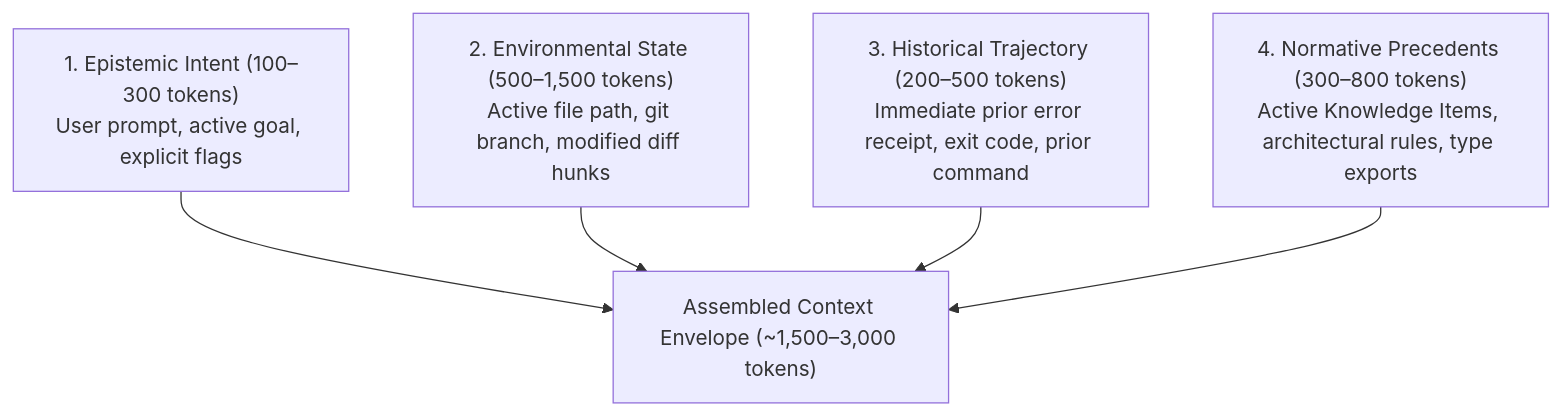
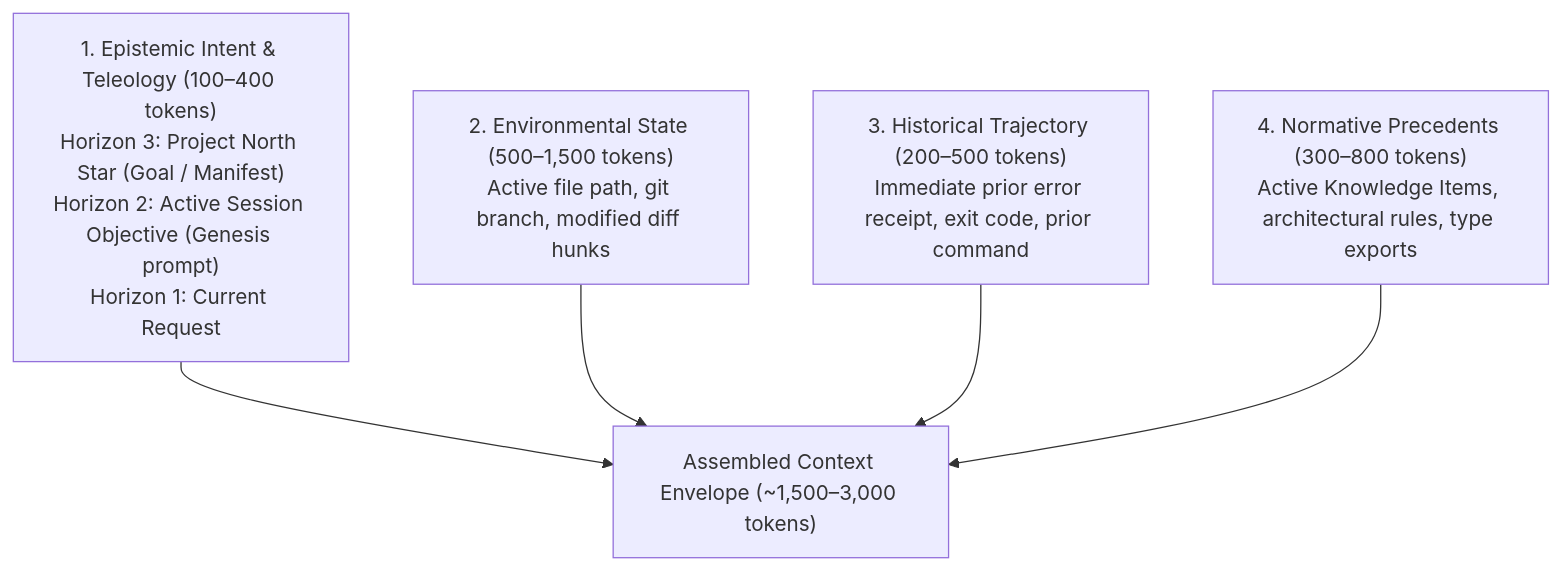
The diagram in .agents/skills/context-architect/SKILL.md (Ajasra/jev-hooks), drawn with Mermaid before and after one commit. The commit also changed other lines of this file and 7 other files, not shown here.

Commit message:
docs: detail IPC wire contracts, deterministic invariant codes, and atomic claim replay in ARCHITECTURE.md

````diff
--- a/.agents/skills/context-architect/SKILL.md
+++ b/.agents/skills/context-architect/SKILL.md
@@ -48,12 +48,12 @@
 ```mermaid
 flowchart TD
-    L1["1. Epistemic Intent (100–300 tokens)<br/>User prompt, active goal, explicit flags"]
+    L1["1. Epistemic Intent & Teleology (100–400 tokens)<br/>Horizon 3: Project North Star (Goal / Manifest)<br/>Horizon 2: Active Session Objective (Genesis prompt)<br/>Horizon 1: Current Request"]
     L2["2. Environmental State (500–1,500 tokens)<br/>Active file path, git branch, modified diff hunks"]
     L3["3. Historical Trajectory (200–500 tokens)<br/>Immediate prior error receipt, exit code, prior command"]
     L4["4. Normative Precedents (300–800 tokens)<br/>Active Knowledge Items, architectural rules, type exports"]
 
     L1 --> State["Assembled Context Envelope (~1,500–3,000 tokens)"]
     L2 --> State
     L3 --> State
     L4 --> State
 ```
````
